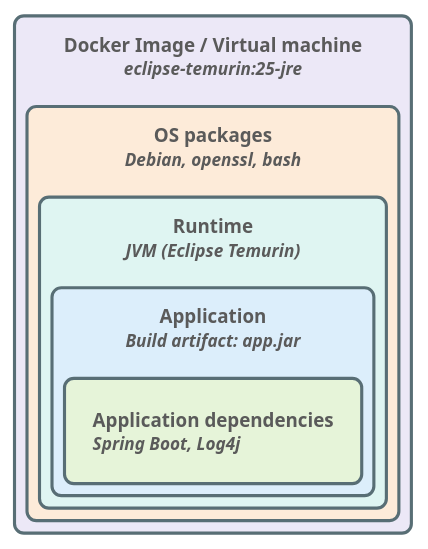
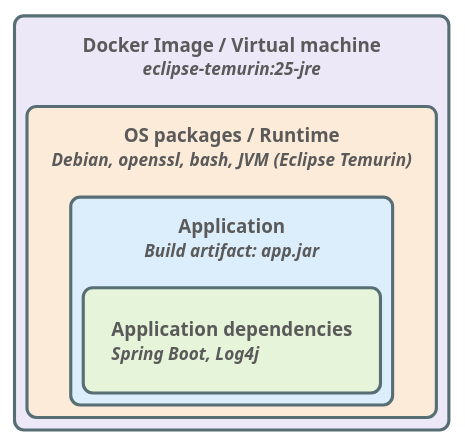
Before and after one commit to johanjanssen/Keep-Up-To-Date: the diagram in Presentation/architecture-example.puml, drawn with PlantUML. The commit also changed 4 other files, not shown here.

```diff
--- a/Presentation/architecture-example.puml
+++ b/Presentation/architecture-example.puml
@@ -1,22 +1,20 @@
 @startuml
 !theme bluegray
 !pragma layout smetana
 skinparam backgroundColor transparent
 skinparam roundCorner 12
 skinparam rectangle {
     BorderColor #586e75
     FontStyle bold
 }
 
 rectangle "Docker Image / Virtual machine\n<size:11><i>eclipse-temurin:25-jre</i></size>" as vm #ECE8F7 {
-    rectangle "OS packages\n<size:11><i>Debian, openssl, bash</i></size>" as os #FDEBD9 {
-        rectangle "Runtime\n<size:11><i>JVM (Eclipse Temurin)</i></size>" as rt #DFF5F2 {
-            rectangle "Application\n<size:11><i>Build artifact: app.jar</i></size>" as app #DCEEFB {
-                rectangle "Application dependencies\n<size:11><i>Spring Boot, Log4j</i></size>" as deps #E6F4D9 {
-                }
+    rectangle "OS packages / Runtime\n<size:11><i>Debian, openssl, bash, JVM (Eclipse Temurin)</i></size>" as os #FDEBD9 {
+        rectangle "Application\n<size:11><i>Build artifact: app.jar</i></size>" as app #DCEEFB {
+            rectangle "Application dependencies\n<size:11><i>Spring Boot, Log4j</i></size>" as deps #E6F4D9 {
             }
         }
     }
 }
 
 @enduml
```
